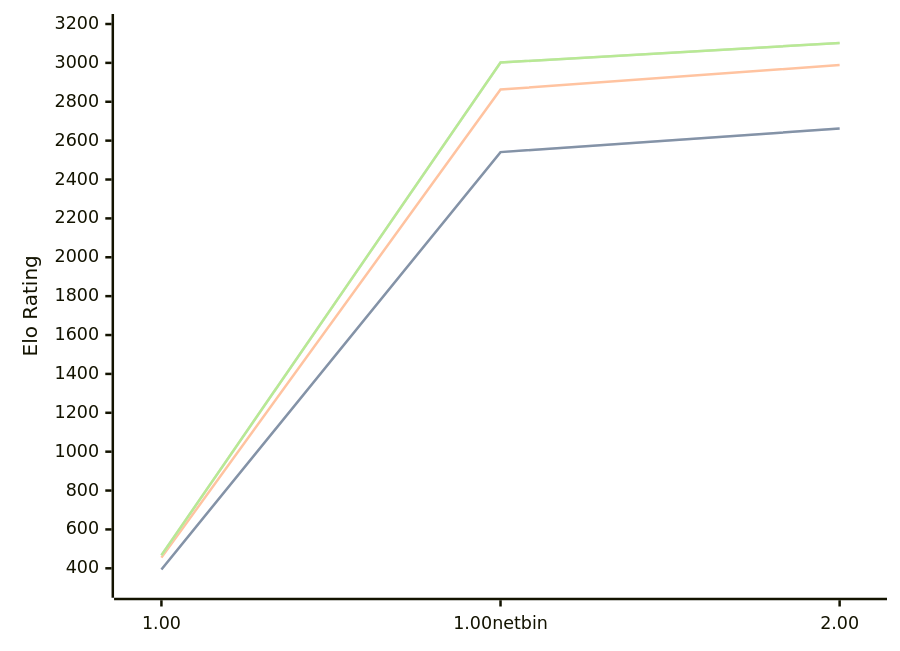
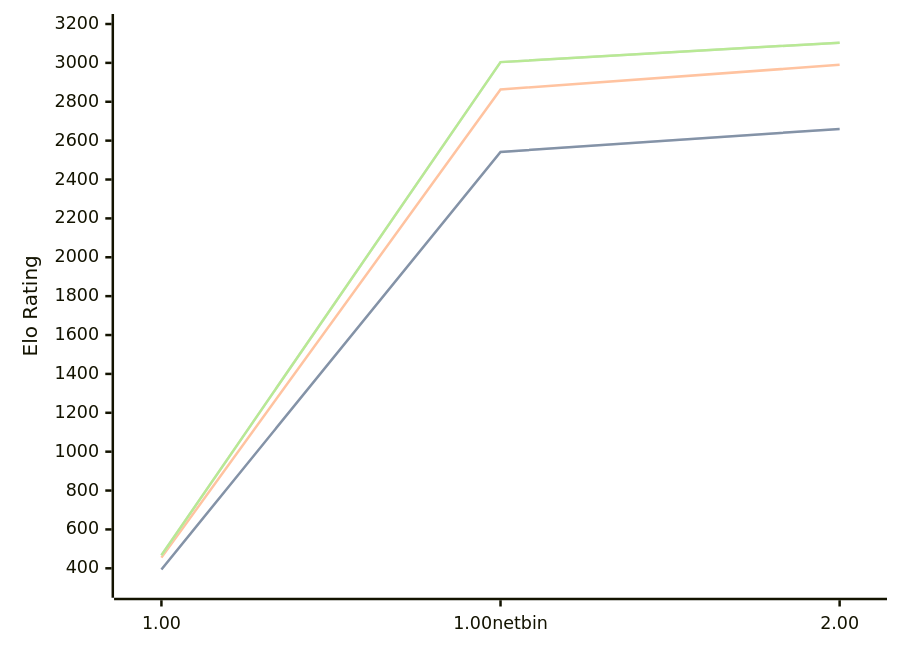
The diagram in engines/Gilipol.md (computer-chess-index/cci), drawn with Mermaid before and after one commit. The commit also changed other lines of this file, not shown here.

Commit message:
Update CCI Ratings (ELO VLTC) - 2026-08-29

````diff
--- a/engines/Gilipol.md
+++ b/engines/Gilipol.md
@@ -33,11 +33,11 @@
 ```mermaid
 %%{init: {"theme":"base","themeVariables":{"seriesColors:['#a3a3a3','#222221','#faa371']}}}%%
 xychart-beta
   x-axis ["1.00", "1.00netbin", "2.00"]
   y-axis "Elo Rating" 300 --> 3200
-  line "" [394, 2541, 2662]
-  line "STC (8.0+0.08s)" [394, 2541, 2662]
-  line "LTC (60.0+0.60s)" [455, 2863, 2989]
-  line "" [467, 3002, 3102]
-  line "VLTC (2m24s+1.12s)" [467, 3002, 3102]
+  line "" [394, 2542, 2660]
+  line "STC (8.0+0.08s)" [394, 2542, 2660]
+  line "LTC (60.0+0.60s)" [455, 2863, 2990]
+  line "" [467, 3004, 3104]
+  line "VLTC (2m24s+1.12s)" [467, 3004, 3104]
 ```
````
